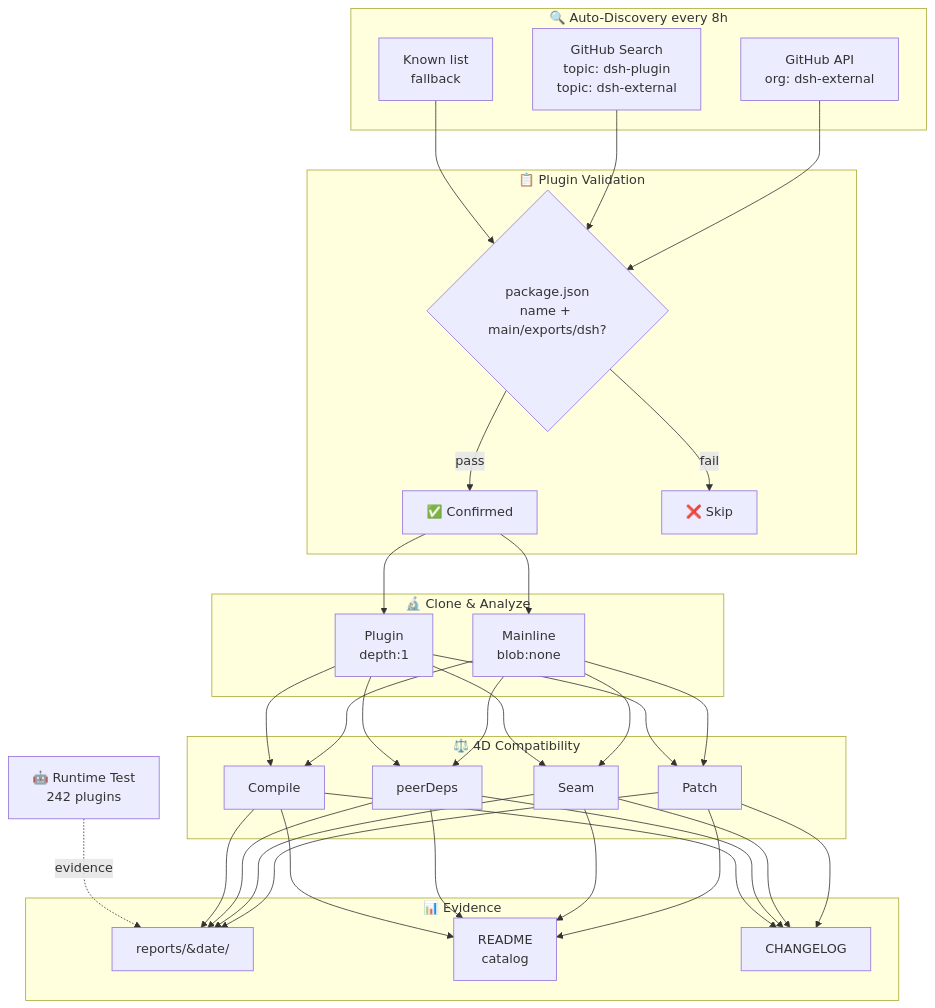
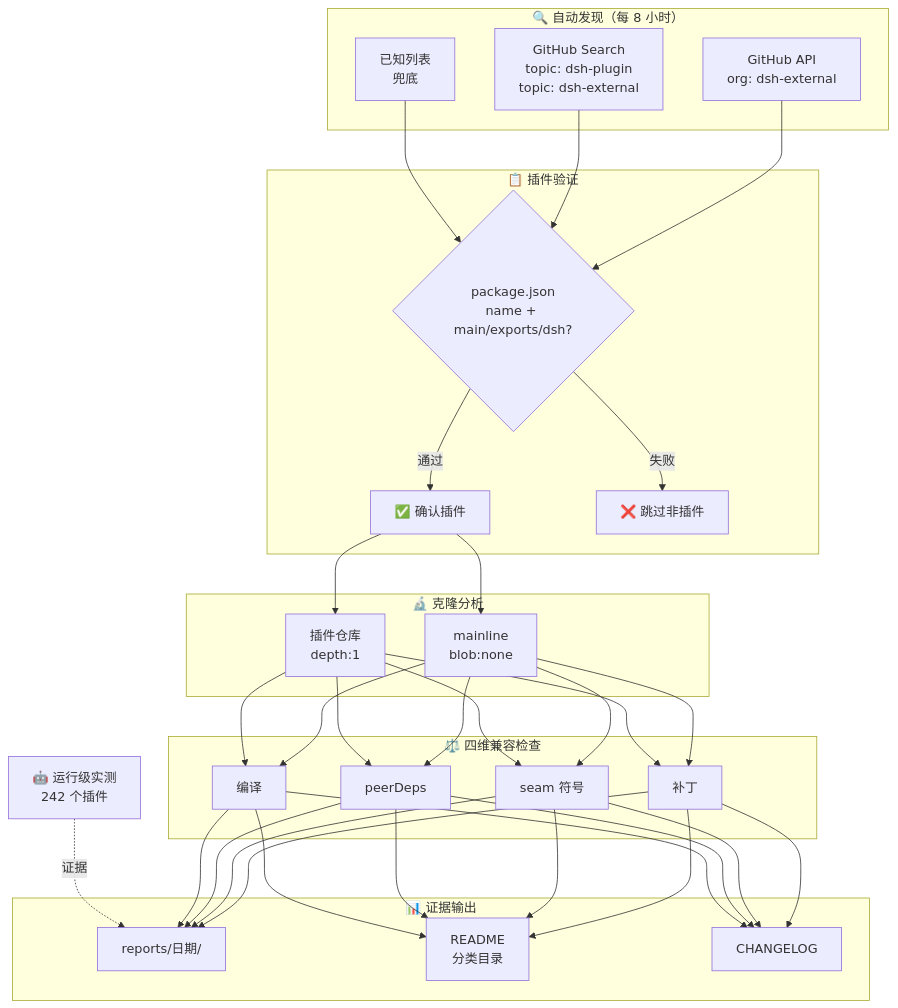
The diagram in README.md (AdamPlatin123/awesome-dsh-plugins), drawn with Mermaid before and after one commit. The commit also changed other lines of this file and 2 other files, not shown here.

````diff
--- a/README.md
+++ b/README.md
@@ -16,36 +16,36 @@
 ```mermaid
 graph TB
-    subgraph Discovery["🔍 Auto-Discovery every 8h"]
+    subgraph Discovery["🔍 自动发现（每 8 小时）"]
         A1[GitHub API<br/>org: dsh-external]
         A2[GitHub Search<br/>topic: dsh-plugin<br/>topic: dsh-external]
-        A3[Known list<br/>fallback]
+        A3[已知列表<br/>兜底]
     end
-    subgraph Validation["📋 Plugin Validation"]
+    subgraph Validation["📋 插件验证"]
         B1{package.json<br/>name + main/exports/dsh?}
-        B1 -->|pass| B2[✅ Confirmed]
-        B1 -->|fail| B3[❌ Skip]
+        B1 -->|通过| B2[✅ 确认插件]
+        B1 -->|失败| B3[❌ 跳过非插件]
     end
-    subgraph Analysis["🔬 Clone & Analyze"]
-        C1[Mainline<br/>blob:none]
-        C2[Plugin<br/>depth:1]
+    subgraph Analysis["🔬 克隆分析"]
+        C1[mainline<br/>blob:none]
+        C2[插件仓库<br/>depth:1]
     end
-    subgraph Compat["⚖️ 4D Compatibility"]
-        D1[Patch]
-        D2[Seam]
+    subgraph Compat["⚖️ 四维兼容检查"]
+        D1[补丁]
+        D2[seam 符号]
         D3[peerDeps]
-        D4[Compile]
+        D4[编译]
     end
-    subgraph Output["📊 Evidence"]
-        E1[reports/&#8203;date/]
-        E2[README<br/>catalog]
+    subgraph Output["📊 证据输出"]
+        E1[reports/日期/]
+        E2[README<br/>分类目录]
         E3[CHANGELOG]
     end
-    RT[🤖 Runtime Test<br/>242 plugins]
+    RT[🤖 运行级实测<br/>242 个插件]
     A1 --> B1
     A2 --> B1
     A3 --> B1
     B2 --> C1 & C2
     C1 & C2 --> D1 & D2 & D3 & D4
     D1 & D2 & D3 & D4 --> E1 & E2 & E3
-    RT -.->|evidence| E1
+    RT -.->|证据| E1
 ```
````
